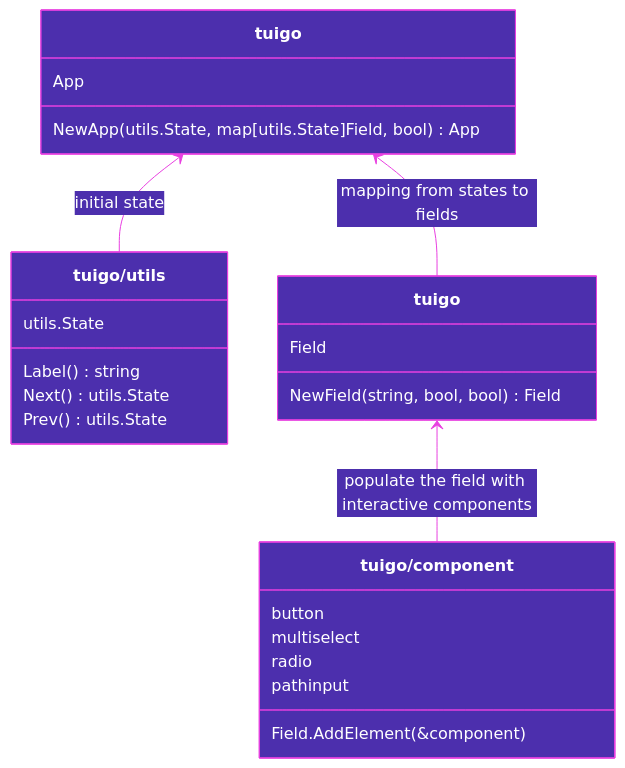
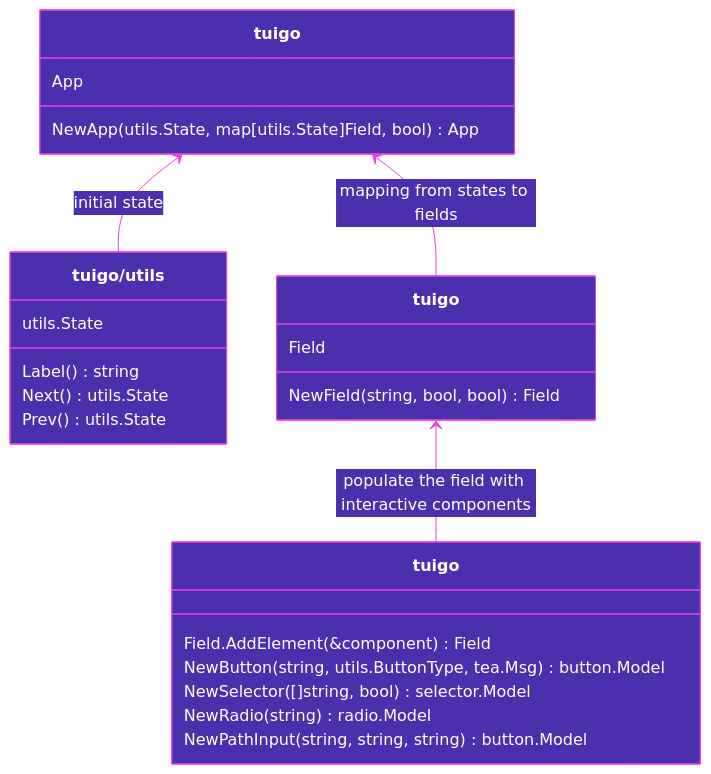
Before and after one commit to haykh/tuigo: the diagram in README.md, drawn with Mermaid. The commit also changed other lines of this file and 13 other files, not shown here.

````diff
--- a/README.md
+++ b/README.md
@@ -7,41 +7,41 @@
 ```mermaid
 %%{
   init: {
     'theme': 'base', 
     'themeVariables': { 
         'fontFamily': 'monospace',
         'primaryColor': '#4C2FAD',
         'primaryTextColor': '#FFFFFF',
         'lineColor': '#E840E0',
         'primaryBorderColor': '#E840E0'
       }
     }
 }%%
 
 classDiagram
 class tuigo["tuigo"]
 class tui_utils["tuigo/utils"]
 class tui_field["tuigo"]
-class tui_component["tuigo/component"]
+class tui_component["tuigo"]
 
 tuigo <-- tui_utils : initial state
 tuigo <-- tui_field : mapping from states to fields
 tuigo : NewApp(utils.State, map[utils.State]Field, bool) App
 tuigo : App
 
 tui_utils : Label() string
 tui_utils : Next() utils.State
 tui_utils : Prev() utils.State
 tui_utils : utils.State
 
 tui_field : NewField(string, bool, bool) Field
 tui_field : Field
 
-tui_component : Field.AddElement(&component)
-tui_component : button
-tui_component : multiselect
-tui_component : radio
-tui_component : pathinput
+tui_component : Field.AddElement(&component) Field
+tui_component : NewButton(string, utils.ButtonType, tea.Msg) button.Model
+tui_component : NewSelector([]string, bool) selector.Model
+tui_component : NewRadio(string) radio.Model
+tui_component : NewPathInput(string, string, string) button.Model
 
 tui_field <-- tui_component : populate the field with interactive components
 ```
````
